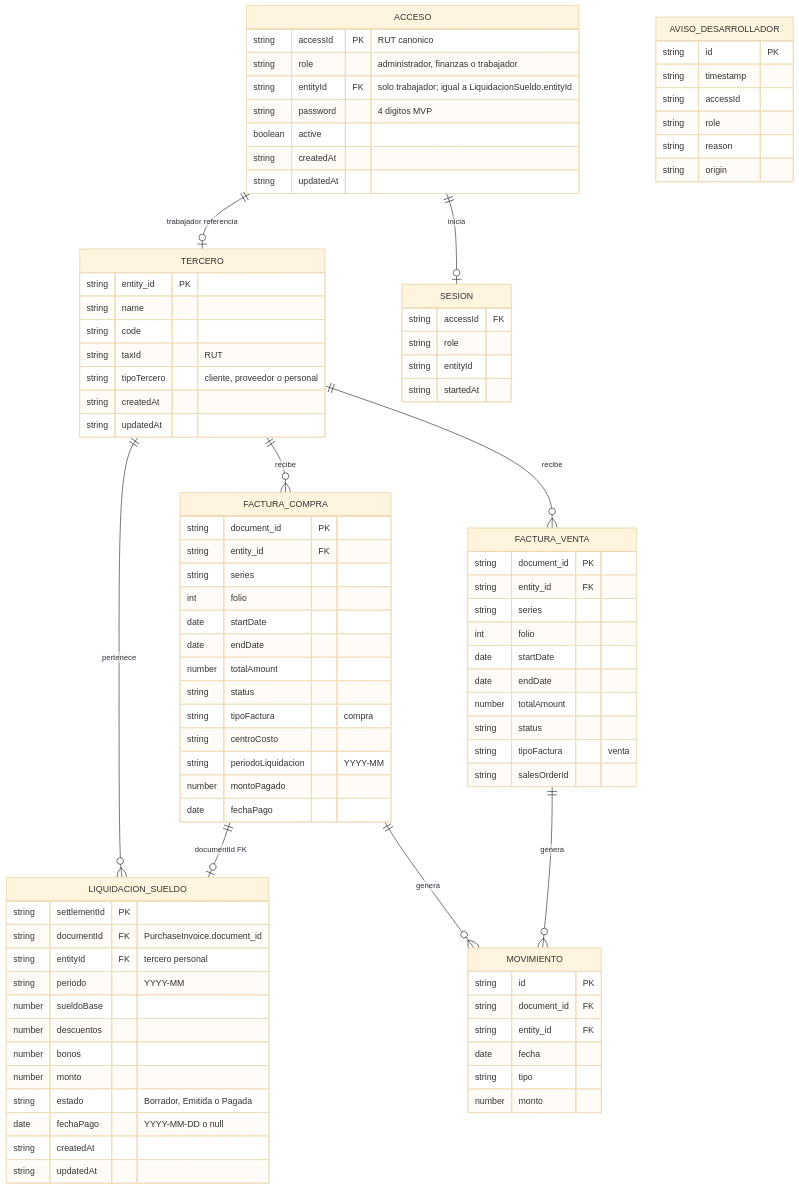
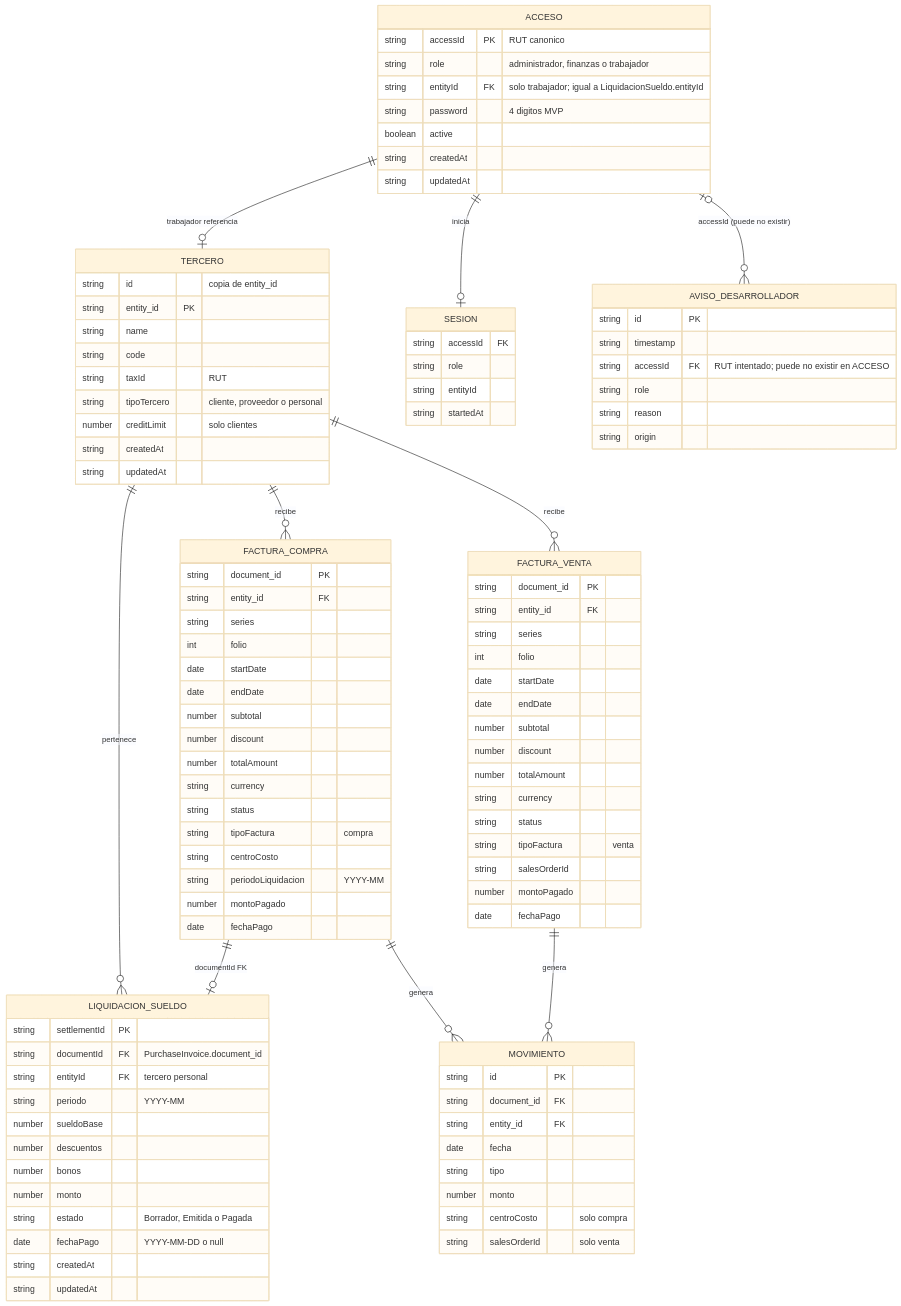
One commit to MDS-BI/Grupo-01 changed the diagram in specs/002-payroll-access-control/data-model.md. Above: the diagram before and after it, drawn with Mermaid (base theme). The commit also changed other lines of this file and 1 other file, not shown here.

Commit message:
MER único del módulo: separa facturas y agrega accesos, liquidación y avisos
data-model.md (sección 13) corregido con /speckit.plan en OpenCode (Big Pickle). mer.png de la 001 regenerado desde ese diagrama con Mermaid, con ayuda de Claude. Revisado por mí.

```diff
--- a/specs/002-payroll-access-control/data-model.md
+++ b/specs/002-payroll-access-control/data-model.md
@@ -326,6 +328,7 @@
     FACTURA_COMPRA ||--o{ MOVIMIENTO : "genera"
     FACTURA_VENTA ||--o{ MOVIMIENTO : "genera"
     ACCESO ||--o| SESION : "inicia"
+    ACCESO |o--o{ AVISO_DESARROLLADOR : "accessId (puede no existir)"
 
     ACCESO {
         string accessId PK "RUT canonico"
@@ -345,11 +348,13 @@
     }
 
     TERCERO {
+        string id "copia de entity_id"
         string entity_id PK
         string name
         string code
         string taxId "RUT"
         string tipoTercero "cliente, proveedor o personal"
+        number creditLimit "solo clientes"
         string createdAt
         string updatedAt
     }
@@ -361,10 +366,15 @@
         int folio
         date startDate
         date endDate
+        number subtotal
+        number discount
         number totalAmount
+        string currency
         string status
         string tipoFactura "venta"
         string salesOrderId
+        number montoPagado
+        date fechaPago
     }
 
     FACTURA_COMPRA {
@@ -374,7 +384,10 @@
         int folio
         date startDate
         date endDate
+        number subtotal
+        number discount
         number totalAmount
+        string currency
         string status
         string tipoFactura "compra"
         string centroCosto
@@ -405,12 +418,14 @@
         date fecha
         string tipo
         number monto
+        string centroCosto "solo compra"
+        string salesOrderId "solo venta"
     }
 
     AVISO_DESARROLLADOR {
         string id PK
         string timestamp
-        string accessId
+        string accessId FK "RUT intentado; puede no existir en ACCESO"
         string role
         string reason
         string origin
```
